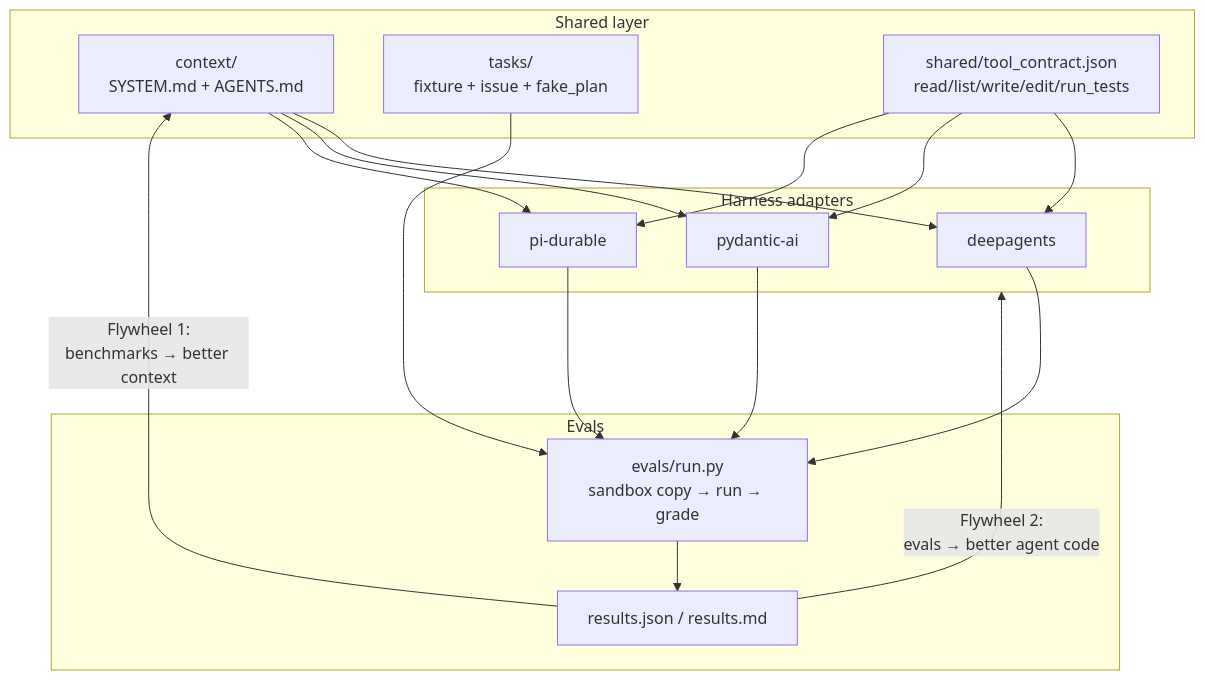
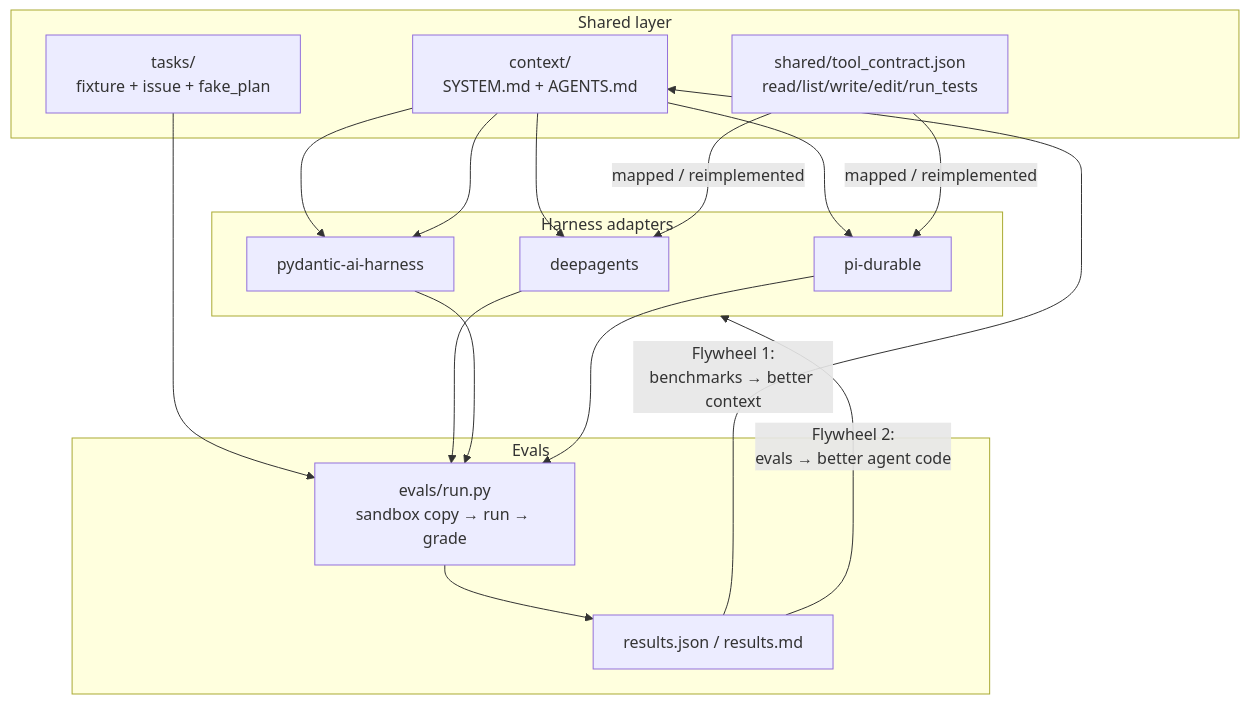
The diagram in README.md (chandy/harness-tests), drawn with Mermaid before and after one commit. The commit also changed other lines of this file and 12 other files, not shown here.

First line of the commit message:
Switch Python harness to pydantic-ai-harness Coder

````diff
--- a/README.md
+++ b/README.md
@@ -17,28 +17,29 @@
 ```mermaid
 flowchart TB
   subgraph shared [Shared layer]
     CTX["context/\nSYSTEM.md + AGENTS.md"]
     TASKS["tasks/\nfixture + issue + fake_plan"]
     TOOLS["shared/tool_contract.json\nread/list/write/edit/run_tests"]
   end
 
   subgraph harnesses [Harness adapters]
     DA[deepagents]
-    PA[pydantic-ai]
+    PA[pydantic-ai-harness]
     PI[pi-durable]
   end
 
   subgraph evals [Evals]
     RUN["evals/run.py\nsandbox copy → run → grade"]
     OUT["results.json / results.md"]
   end
 
   CTX --> DA & PA & PI
-  TOOLS --> DA & PA & PI
+  TOOLS -->|"mapped / reimplemented"| DA & PI
+  CTX --> PA
   TASKS --> RUN
   DA & PA & PI --> RUN
   RUN --> OUT
 
   OUT -->|"Flywheel 1:\nbenchmarks → better context"| CTX
   OUT -->|"Flywheel 2:\nevals → better agent code"| harnesses
 ```
````
